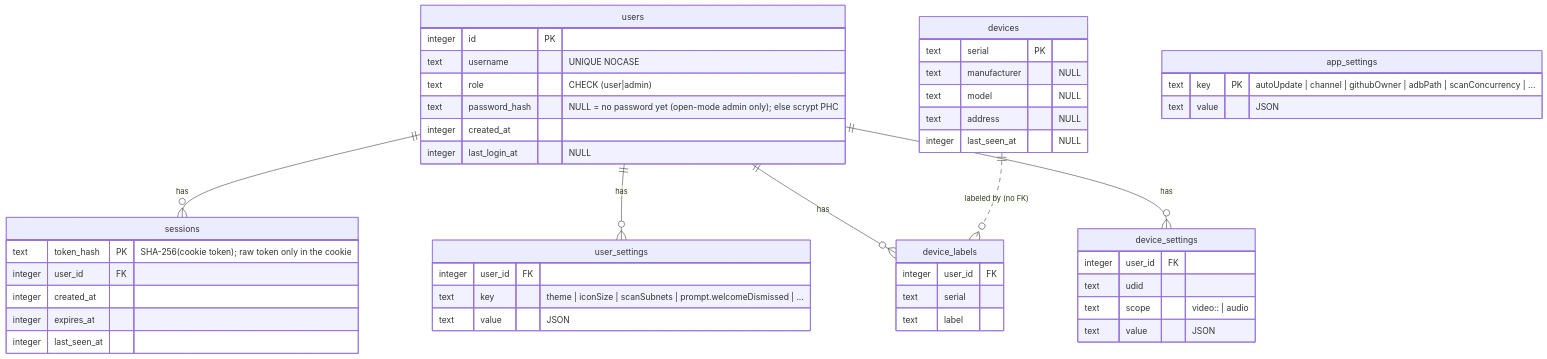
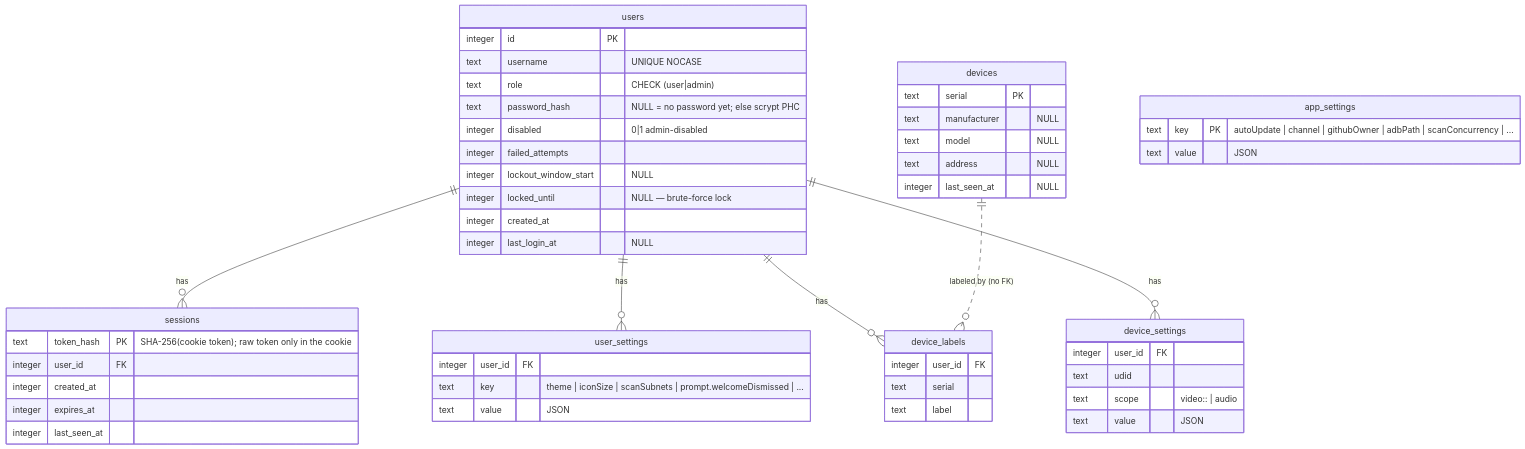
Before and after one commit to bilbospocketses/ws-scrcpy-web: the diagram in docs/specs/2026-06-11-sqlite-persistence-and-auth-design.md, drawn with Mermaid. The commit also changed other lines of this file, not shown here.

Commit message:
docs(spec): add account controls (self-service pw change, disable user, login lockout + admin unlock) and reversible auth toggle

````diff
--- a/docs/specs/2026-06-11-sqlite-persistence-and-auth-design.md
+++ b/docs/specs/2026-06-11-sqlite-persistence-and-auth-design.md
@@ -78,51 +78,55 @@
 ```mermaid
 erDiagram
     users ||--o{ sessions : has
     users ||--o{ user_settings : has
     users ||--o{ device_labels : has
     users ||--o{ device_settings : has
     devices ||..o{ device_labels : "labeled by (no FK)"
 
     users {
         integer id PK
         text    username "UNIQUE NOCASE"
         text    role "CHECK (user|admin)"
-        text    password_hash "NULL = no password yet (open-mode admin only); else scrypt PHC"
+        text    password_hash "NULL = no password yet; else scrypt PHC"
+        integer disabled "0|1 admin-disabled"
+        integer failed_attempts
+        integer lockout_window_start "NULL"
+        integer locked_until "NULL — brute-force lock"
         integer created_at
         integer last_login_at "NULL"
     }
     sessions {
         text    token_hash PK "SHA-256(cookie token); raw token only in the cookie"
         integer user_id FK
         integer created_at
         integer expires_at
         integer last_seen_at
     }
     user_settings {
         integer user_id FK
         text    key "theme | iconSize | scanSubnets | prompt.welcomeDismissed | ..."
         text    value "JSON"
     }
     devices {
         text    serial PK
         text    manufacturer "NULL"
         text    model "NULL"
         text    address "NULL"
         integer last_seen_at "NULL"
     }
     device_labels {
         integer user_id FK
         text    serial
         text    label
     }
     device_settings {
         integer user_id FK
         text    udid
         text    scope "video:<display>:<window> | audio"
         text    value "JSON"
     }
     app_settings {
         text key PK "autoUpdate | channel | githubOwner | adbPath | scanConcurrency | ..."
         text value "JSON"
     }
 ```
````
